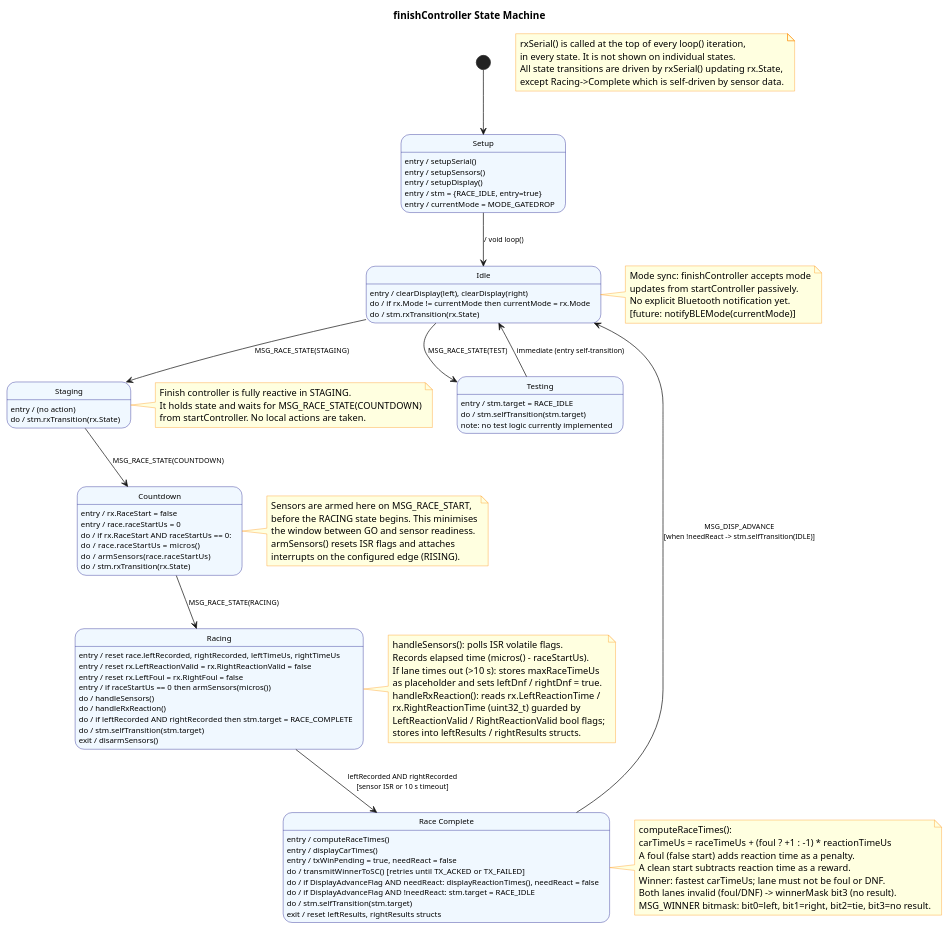
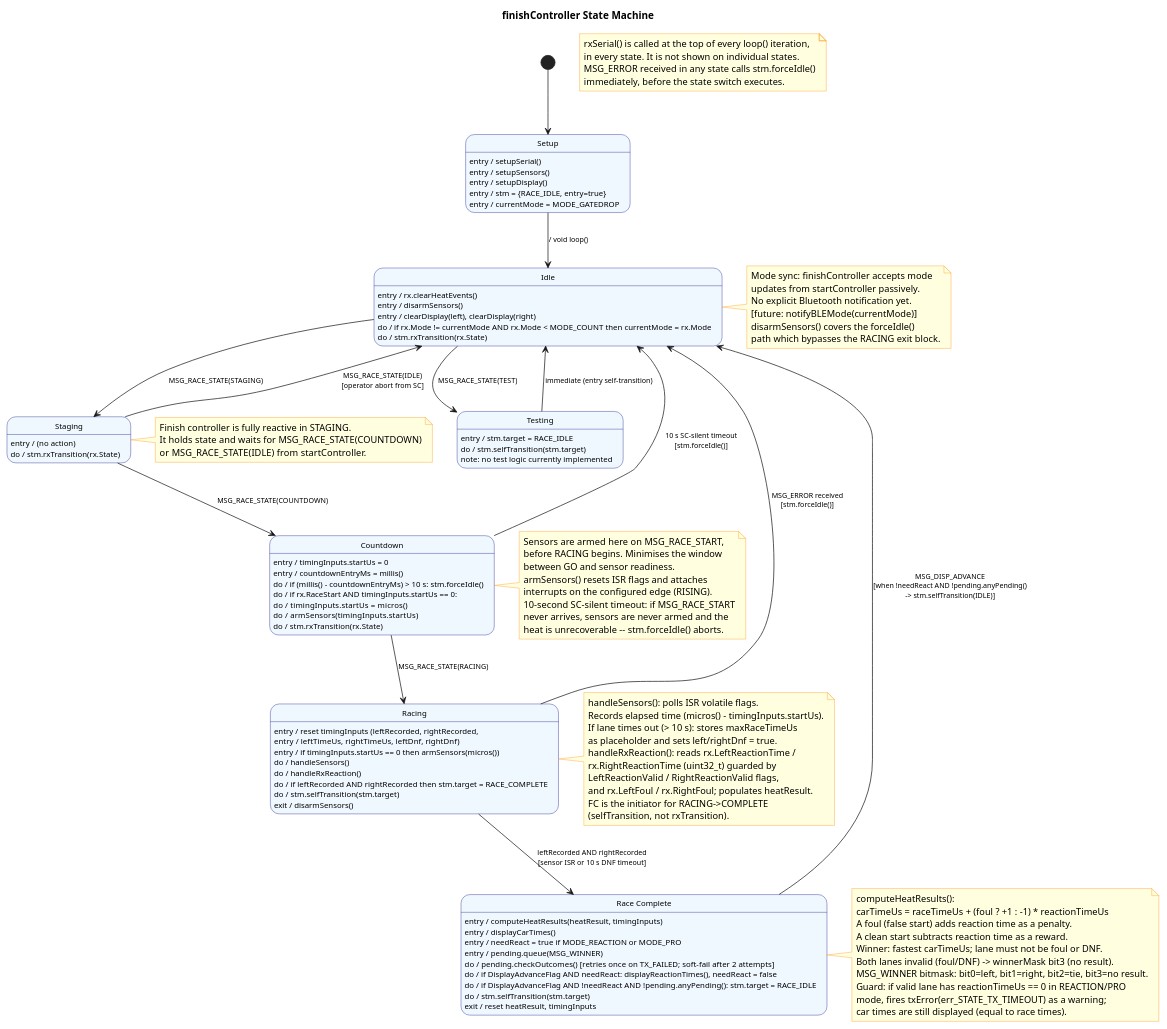
One commit to dgschaaf/DerbyTimer changed the diagram in docs/PlantUML/stm_finishController.puml. Above: the diagram before and after it, drawn with PlantUML. The commit also changed 3 other files, not shown here.

Commit message:
update uml diagrams and documentation

```diff
--- a/docs/PlantUML/stm_finishController.puml
+++ b/docs/PlantUML/stm_finishController.puml
@@ -1,160 +1,176 @@
 @startuml finishController_STM
 skinparam state {
   BackgroundColor AliceBlue
   BorderColor Navy
   FontSize 11
   ArrowFontSize 10
 }
 skinparam noteBackgroundColor LightYellow
 skinparam noteBorderColor DarkOrange
 
 title finishController State Machine
 
 note as N_RX
   rxSerial() is called at the top of every loop() iteration,
   in every state. It is not shown on individual states.
-  All state transitions are driven by rxSerial() updating rx.State,
-  except Racing->Complete which is self-driven by sensor data.
+  MSG_ERROR received in any state calls stm.forceIdle()
+  immediately, before the state switch executes.
 end note
 
 [*] --> Setup
 
 ' ============================================================
 ' SETUP
 ' ============================================================
 state "Setup" as Setup {
   Setup : entry / setupSerial()
   Setup : entry / setupSensors()
   Setup : entry / setupDisplay()
   Setup : entry / stm = {RACE_IDLE, entry=true}
   Setup : entry / currentMode = MODE_GATEDROP
 }
 
 Setup --> Idle : / void loop()
 
 ' ============================================================
 ' IDLE
 ' ============================================================
 state "Idle" as Idle {
+  Idle : entry / rx.clearHeatEvents()
+  Idle : entry / disarmSensors()
   Idle : entry / clearDisplay(left), clearDisplay(right)
-  Idle : do / if rx.Mode != currentMode then currentMode = rx.Mode
+  Idle : do / if rx.Mode != currentMode AND rx.Mode < MODE_COUNT then currentMode = rx.Mode
   Idle : do / stm.rxTransition(rx.State)
 }
 
 note right of Idle
   Mode sync: finishController accepts mode
   updates from startController passively.
   No explicit Bluetooth notification yet.
   [future: notifyBLEMode(currentMode)]
+  disarmSensors() covers the forceIdle()
+  path which bypasses the RACING exit block.
 end note
 
 ' ============================================================
 ' STAGING
 ' ============================================================
 state "Staging" as Staging {
   Staging : entry / (no action)
   Staging : do / stm.rxTransition(rx.State)
 }
 
 note right of Staging
   Finish controller is fully reactive in STAGING.
   It holds state and waits for MSG_RACE_STATE(COUNTDOWN)
-  from startController. No local actions are taken.
+  or MSG_RACE_STATE(IDLE) from startController.
 end note
 
 ' ============================================================
 ' COUNTDOWN
 ' ============================================================
 state "Countdown" as Countdown {
-  Countdown : entry / rx.RaceStart = false
-  Countdown : entry / race.raceStartUs = 0
-  Countdown : do / if rx.RaceStart AND raceStartUs == 0:
-  Countdown : do /   race.raceStartUs = micros()
-  Countdown : do /   armSensors(race.raceStartUs)
+  Countdown : entry / timingInputs.startUs = 0
+  Countdown : entry / countdownEntryMs = millis()
+  Countdown : do / if (millis() - countdownEntryMs) > 10 s: stm.forceIdle()
+  Countdown : do / if rx.RaceStart AND timingInputs.startUs == 0:
+  Countdown : do /   timingInputs.startUs = micros()
+  Countdown : do /   armSensors(timingInputs.startUs)
   Countdown : do / stm.rxTransition(rx.State)
 }
 
 note right of Countdown
   Sensors are armed here on MSG_RACE_START,
-  before the RACING state begins. This minimises
-  the window between GO and sensor readiness.
+  before RACING begins. Minimises the window
+  between GO and sensor readiness.
   armSensors() resets ISR flags and attaches
   interrupts on the configured edge (RISING).
+  10-second SC-silent timeout: if MSG_RACE_START
+  never arrives, sensors are never armed and the
+  heat is unrecoverable -- stm.forceIdle() aborts.
 end note
 
 ' ============================================================
 ' RACING
 ' ============================================================
 state "Racing" as Racing {
-  Racing : entry / reset race.leftRecorded, rightRecorded, leftTimeUs, rightTimeUs
-  Racing : entry / reset rx.LeftReactionValid = rx.RightReactionValid = false
-  Racing : entry / reset rx.LeftFoul = rx.RightFoul = false
-  Racing : entry / if raceStartUs == 0 then armSensors(micros())
+  Racing : entry / reset timingInputs (leftRecorded, rightRecorded,
+  Racing : entry /   leftTimeUs, rightTimeUs, leftDnf, rightDnf)
+  Racing : entry / if timingInputs.startUs == 0 then armSensors(micros())
   Racing : do / handleSensors()
   Racing : do / handleRxReaction()
   Racing : do / if leftRecorded AND rightRecorded then stm.target = RACE_COMPLETE
   Racing : do / stm.selfTransition(stm.target)
   Racing : exit / disarmSensors()
 }
 
 note right of Racing
   handleSensors(): polls ISR volatile flags.
-  Records elapsed time (micros() - raceStartUs).
-  If lane times out (>10 s): stores maxRaceTimeUs
-  as placeholder and sets leftDnf / rightDnf = true.
+  Records elapsed time (micros() - timingInputs.startUs).
+  If lane times out (> 10 s): stores maxRaceTimeUs
+  as placeholder and sets left/rightDnf = true.
   handleRxReaction(): reads rx.LeftReactionTime /
   rx.RightReactionTime (uint32_t) guarded by
-  LeftReactionValid / RightReactionValid bool flags;
-  stores into leftResults / rightResults structs.
+  LeftReactionValid / RightReactionValid flags,
+  and rx.LeftFoul / rx.RightFoul; populates heatResult.
+  FC is the initiator for RACING->COMPLETE
+  (selfTransition, not rxTransition).
 end note
 
 ' ============================================================
 ' RACE COMPLETE
 ' ============================================================
 state "Race Complete" as RaceComplete {
-  RaceComplete : entry / computeRaceTimes()
+  RaceComplete : entry / computeHeatResults(heatResult, timingInputs)
   RaceComplete : entry / displayCarTimes()
-  RaceComplete : entry / txWinPending = true, needReact = false
-  RaceComplete : do / transmitWinnerToSC()  [retries until TX_ACKED or TX_FAILED]
+  RaceComplete : entry / needReact = true if MODE_REACTION or MODE_PRO
+  RaceComplete : entry / pending.queue(MSG_WINNER)
+  RaceComplete : do / pending.checkOutcomes()  [retries once on TX_FAILED; soft-fail after 2 attempts]
   RaceComplete : do / if DisplayAdvanceFlag AND needReact: displayReactionTimes(), needReact = false
-  RaceComplete : do / if DisplayAdvanceFlag AND !needReact: stm.target = RACE_IDLE
+  RaceComplete : do / if DisplayAdvanceFlag AND !needReact AND !pending.anyPending(): stm.target = RACE_IDLE
   RaceComplete : do / stm.selfTransition(stm.target)
-  RaceComplete : exit / reset leftResults, rightResults structs
+  RaceComplete : exit / reset heatResult, timingInputs
 }
 
 note right of RaceComplete
-  computeRaceTimes():
+  computeHeatResults():
   carTimeUs = raceTimeUs + (foul ? +1 : -1) * reactionTimeUs
   A foul (false start) adds reaction time as a penalty.
   A clean start subtracts reaction time as a reward.
   Winner: fastest carTimeUs; lane must not be foul or DNF.
   Both lanes invalid (foul/DNF) -> winnerMask bit3 (no result).
   MSG_WINNER bitmask: bit0=left, bit1=right, bit2=tie, bit3=no result.
+  Guard: if valid lane has reactionTimeUs == 0 in REACTION/PRO
+  mode, fires txError(err_STATE_TX_TIMEOUT) as a warning;
+  car times are still displayed (equal to race times).
 end note
 
 ' ============================================================
 ' TESTING  (stub: immediately self-transitions to IDLE)
 ' ============================================================
 state "Testing" as Testing {
   Testing : entry / stm.target = RACE_IDLE
   Testing : do / stm.selfTransition(stm.target)
   Testing : note: no test logic currently implemented
 }
 
 ' ============================================================
 ' TRANSITIONS
 ' ============================================================
 Idle        --> Staging      : MSG_RACE_STATE(STAGING)
 Idle        --> Testing      : MSG_RACE_STATE(TEST)
 
 Staging     --> Countdown    : MSG_RACE_STATE(COUNTDOWN)
+Staging     --> Idle         : MSG_RACE_STATE(IDLE)\n[operator abort from SC]
 
 Countdown   --> Racing       : MSG_RACE_STATE(RACING)
+Countdown   --> Idle         : 10 s SC-silent timeout\n[stm.forceIdle()]
 
-Racing      --> RaceComplete : leftRecorded AND rightRecorded\n[sensor ISR or 10 s timeout]
+Racing      --> RaceComplete : leftRecorded AND rightRecorded\n[sensor ISR or 10 s DNF timeout]
+Racing      --> Idle         : MSG_ERROR received\n[stm.forceIdle()]
 
-RaceComplete --> Idle        : MSG_DISP_ADVANCE\n[when !needReact -> stm.selfTransition(IDLE)]
+RaceComplete --> Idle        : MSG_DISP_ADVANCE\n[when !needReact AND !pending.anyPending()\n-> stm.selfTransition(IDLE)]
 
 Testing     --> Idle         : immediate (entry self-transition)
 
 @enduml
```
